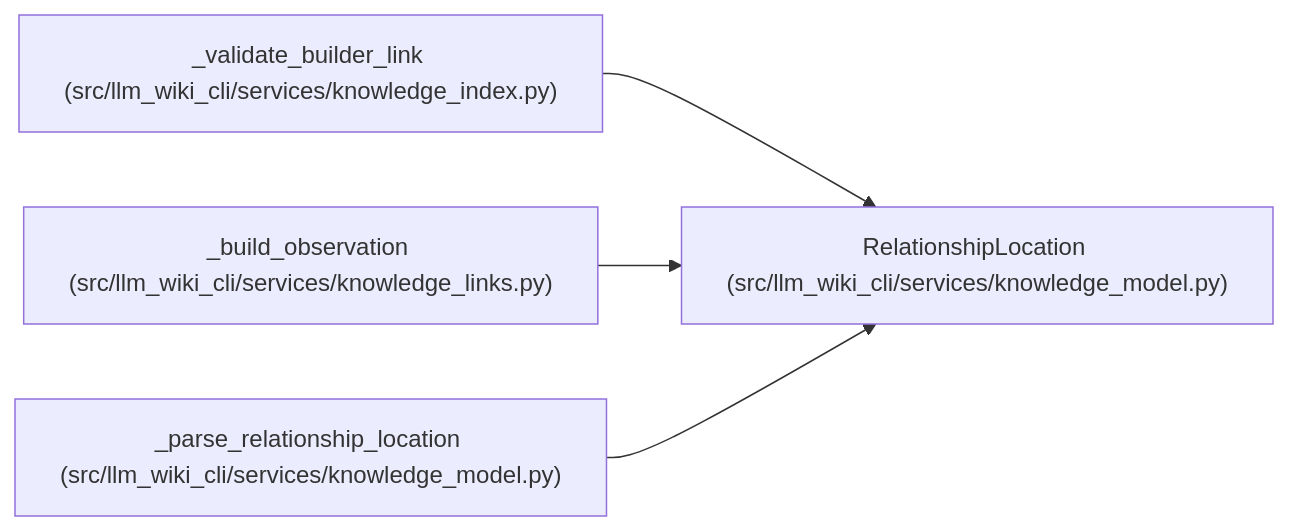
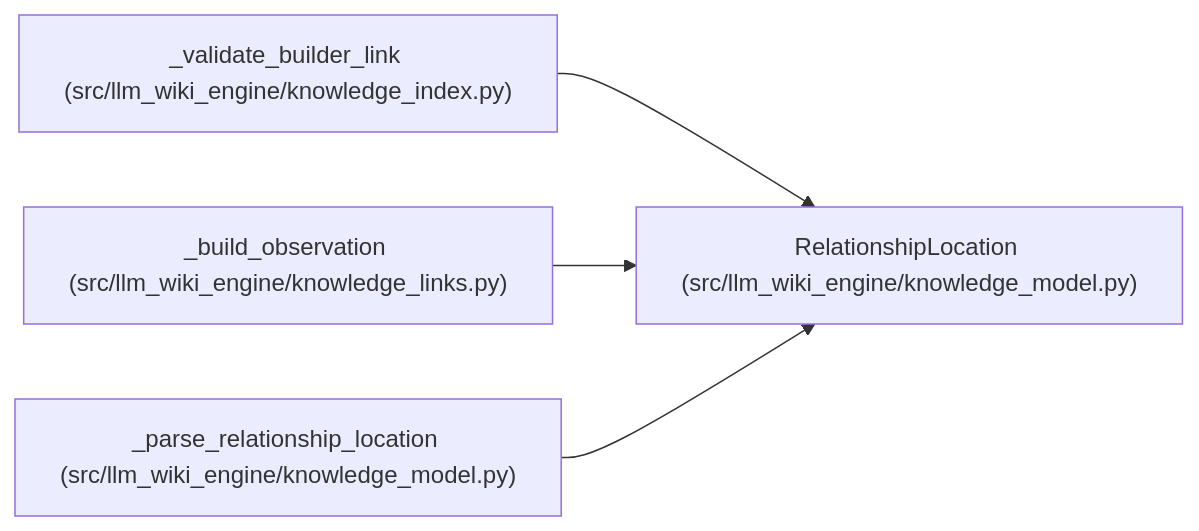
One commit to Denissvgn/python-wiki-llm changed the diagram in docs/llm_wiki/entities/RelationshipLocation.md. Above: the diagram before and after it, drawn with Mermaid. The commit also changed other lines of this file and 1058 other files, not shown here.

First line of the commit message:
docs: refresh the wiki for the knowledge store move

````diff
--- a/docs/llm_wiki/entities/RelationshipLocation.md
+++ b/docs/llm_wiki/entities/RelationshipLocation.md
@@ -29,14 +29,14 @@
 ```mermaid
 flowchart LR
-    n0["RelationshipLocation (src/llm_wiki_cli/services/knowledge_model.py)"]
-    n1["_validate_builder_link (src/llm_wiki_cli/services/knowledge_index.py)"]
-    n2["_build_observation (src/llm_wiki_cli/services/knowledge_links.py)"]
-    n3["_parse_relationship_location (src/llm_wiki_cli/services/knowledge_model.py)"]
+    n0["RelationshipLocation (src/llm_wiki_engine/knowledge_model.py)"]
+    n1["_validate_builder_link (src/llm_wiki_engine/knowledge_index.py)"]
+    n2["_build_observation (src/llm_wiki_engine/knowledge_links.py)"]
+    n3["_parse_relationship_location (src/llm_wiki_engine/knowledge_model.py)"]
     n1 --> n0
     n2 --> n0
     n3 --> n0
     click n0 "../modules/knowledge_model.md"
     click n1 "../modules/knowledge_index.md"
     click n2 "../modules/knowledge_links.md"
     click n3 "../modules/knowledge_model.md"
 ```
````
